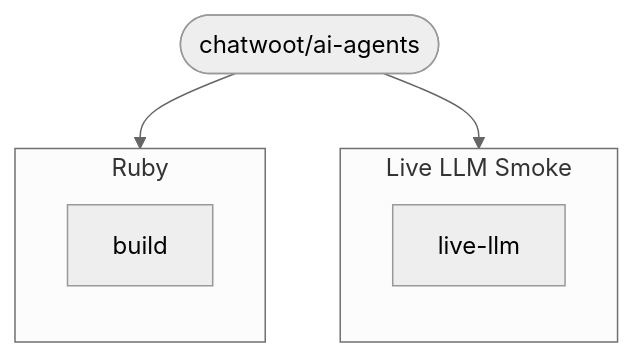
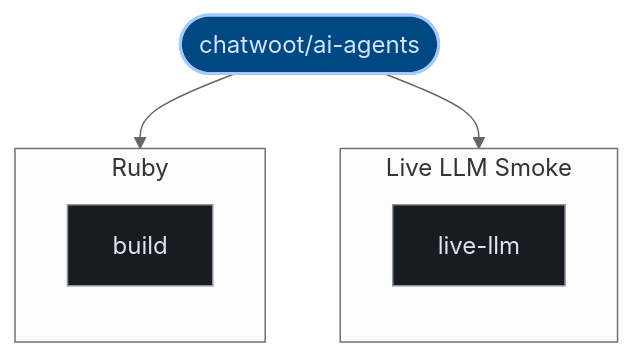
Before and after one commit to kumarshaz/atruss-code-atlas: the second of 2 diagrams in exports/latest/reports/chatwoot-ai-agents-report.md, drawn with Mermaid (neutral theme). The commit also changed other lines of this file and 331 other files, not shown here.

Commit message:
docs,ui,fix: update SDLC docs, reorder CI/CD DAG first, stylize Mermaid, and fix Arc42 pipeline topology

````diff
--- a/exports/latest/reports/chatwoot-ai-agents-report.md
+++ b/exports/latest/reports/chatwoot-ai-agents-report.md
@@ -178,14 +185,21 @@
 ```mermaid
 graph TD;
-  pipeline_root(["chatwoot/ai-agents"])
+  classDef atlasRoot fill:#004882,stroke:#a3c9ff,stroke-width:2px,color:#d3e4ff
+  classDef atlasCategory fill:#212428,stroke:#E87A48,stroke-width:1.5px,color:#dfe3eb
+  classDef atlasWorkflow fill:#1b2026,stroke:#a3c9ff,stroke-width:1.5px,color:#dfe3eb
+  classDef atlasJob fill:#171c22,stroke:#8d9199,stroke-width:1px,color:#dfe3eb
+  classDef atlasTarget fill:#005227,stroke:#8bd99b,stroke-width:1.5px,color:#a7f6b6
+  classDef atlasAlert fill:#93000a,stroke:#ffb4ab,stroke-width:1.5px,color:#ffdad6
+  classDef atlasMore fill:#252a31,stroke:#8d9199,stroke-dasharray:4 4,color:#c3c6cf
+  pipeline_root(["chatwoot/ai-agents"]):::atlasRoot
   subgraph Live_LLM_Smoke_0["Live LLM Smoke"]
     direction TB
-    0_live_llm["live-llm"]
+    0_live_llm["live-llm"]:::atlasJob
   end
   pipeline_root --> 0_live_llm
   subgraph Ruby_1["Ruby"]
     direction TB
-    1_build["build"]
+    1_build["build"]:::atlasJob
   end
   pipeline_root --> 1_build
 ```
````
